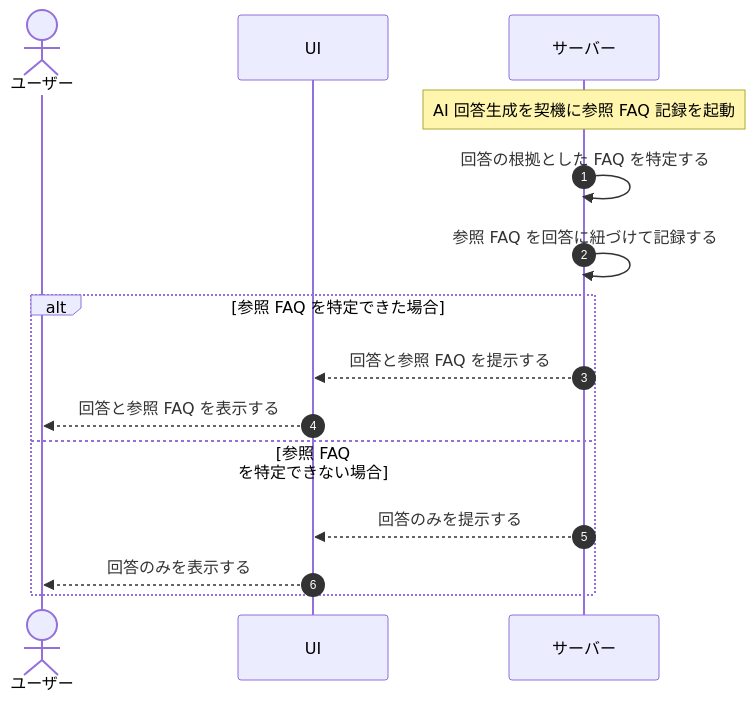
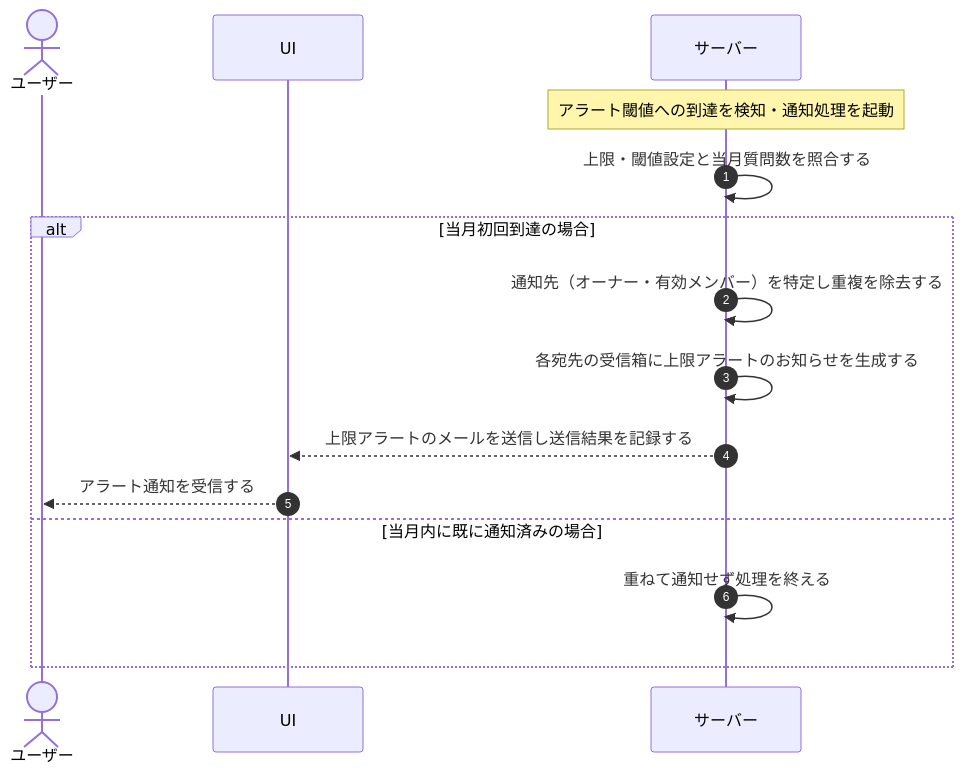
Before and after one commit to sikakou54/open-faq: the diagram in 01_requirements/04_business_usecases/UC-052.md, drawn with Mermaid. The commit also changed other lines of this file and 395 other files, not shown here.

````diff
--- a/01_requirements/04_business_usecases/UC-052.md
+++ b/01_requirements/04_business_usecases/UC-052.md
@@ -26,19 +27,19 @@
 ```mermaid
 sequenceDiagram
   autonumber
   actor U as ユーザー
   participant UI as UI
   participant S as サーバー
 
-  Note over S: AI 回答生成を契機に参照 FAQ 記録を起動
-  S->>S: 回答の根拠とした FAQ を特定する
-  S->>S: 参照 FAQ を回答に紐づけて記録する
+  Note over S: アラート閾値への到達を検知・通知処理を起動
+  S->>S: 上限・閾値設定と当月質問数を照合する
 
-  alt 参照 FAQ を特定できた場合
-    S-->>UI: 回答と参照 FAQ を提示する
-    UI-->>U: 回答と参照 FAQ を表示する
-  else 参照 FAQ を特定できない場合
-    S-->>UI: 回答のみを提示する
-    UI-->>U: 回答のみを表示する
+  alt 当月初回到達の場合
+    S->>S: 通知先（オーナー・有効メンバー）を特定し重複を除去する
+    S->>S: 各宛先の受信箱に上限アラートのお知らせを生成する
+    S-->>UI: 上限アラートのメールを送信し送信結果を記録する
+    UI-->>U: アラート通知を受信する
+  else 当月内に既に通知済みの場合
+    S->>S: 重ねて通知せず処理を終える
   end
 ```
````
